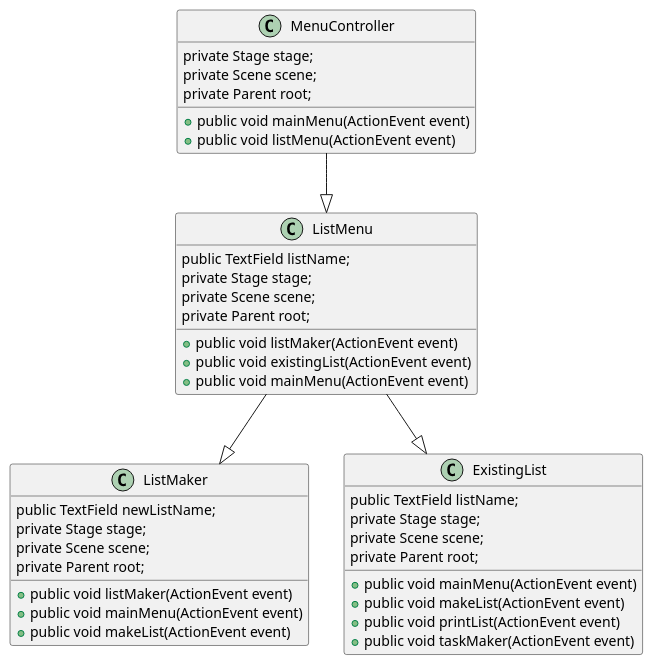
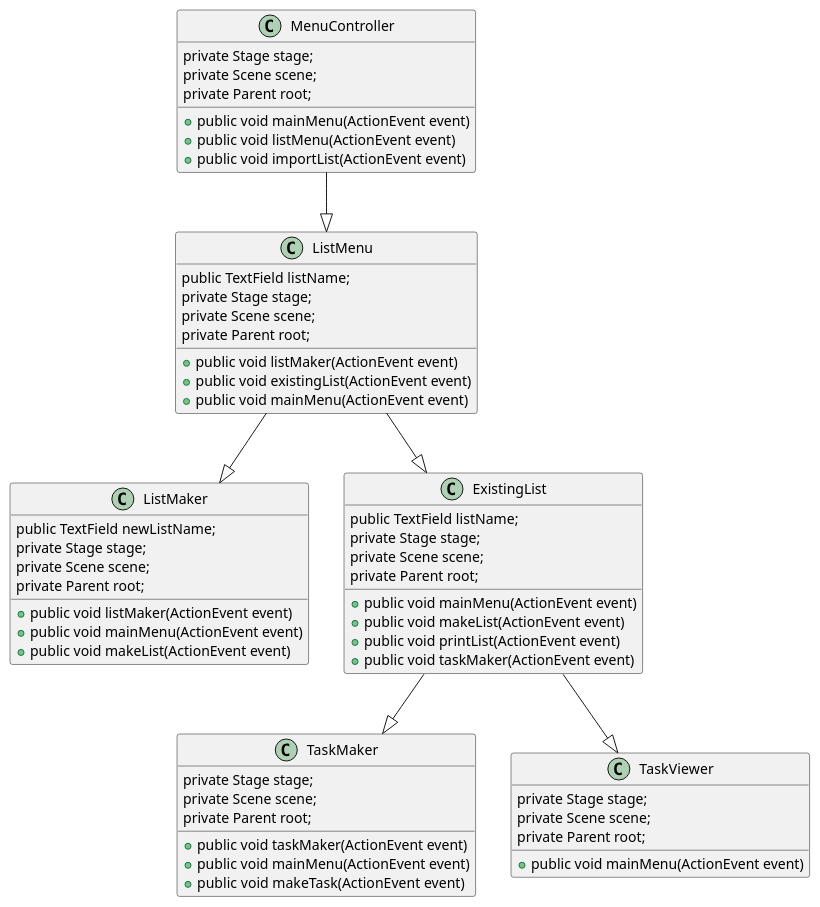
One commit to enzosromano/To-Do-List-Manager changed the diagram in uml/FXLayout.puml. Above: the diagram before and after it, drawn with PlantUML. The commit also changed 4 other files, not shown here.

Commit message:
Added task viewer dependencies

```diff
--- a/uml/FXLayout.puml
+++ b/uml/FXLayout.puml
@@ -1,54 +1,77 @@
 @startuml
 
 MenuController --|> ListMenu
 ListMenu --|> ListMaker
 ListMenu --|> ExistingList
+ExistingList --|> TaskMaker
+ExistingList --|> TaskViewer
 
 class MenuController{
 
     private Stage stage;
     private Scene scene;
     private Parent root;
 
     + public void mainMenu(ActionEvent event)
     + public void listMenu(ActionEvent event)
+    + public void importList(ActionEvent event)
 }
 
 class ListMenu{
 
     public TextField listName;
     private Stage stage;
     private Scene scene;
     private Parent root;
 
     + public void listMaker(ActionEvent event)
     + public void existingList(ActionEvent event)
     + public void mainMenu(ActionEvent event)
 }
 
 class ListMaker{
 
     public TextField newListName;
     private Stage stage;
     private Scene scene;
     private Parent root;
 
     + public void listMaker(ActionEvent event)
     + public void mainMenu(ActionEvent event)
     + public void makeList(ActionEvent event)
 }
 
 class ExistingList{
 
     public TextField listName;
     private Stage stage;
     private Scene scene;
     private Parent root;
 
     + public void mainMenu(ActionEvent event)
     + public void makeList(ActionEvent event)
     + public void printList(ActionEvent event)
     + public void taskMaker(ActionEvent event)
 }
 
+class TaskMaker{
+
+    private Stage stage;
+    private Scene scene;
+    private Parent root;
+
+    + public void taskMaker(ActionEvent event)
+    + public void mainMenu(ActionEvent event)
+    + public void makeTask(ActionEvent event)
+}
+
+class TaskViewer{
+
+    private Stage stage;
+    private Scene scene;
+    private Parent root;
+
+    + public void mainMenu(ActionEvent event)
+}
+
 @enduml
```
